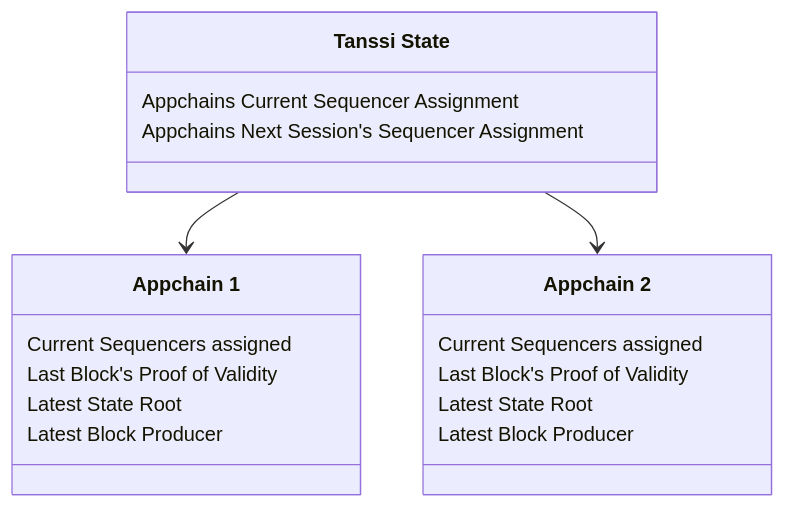
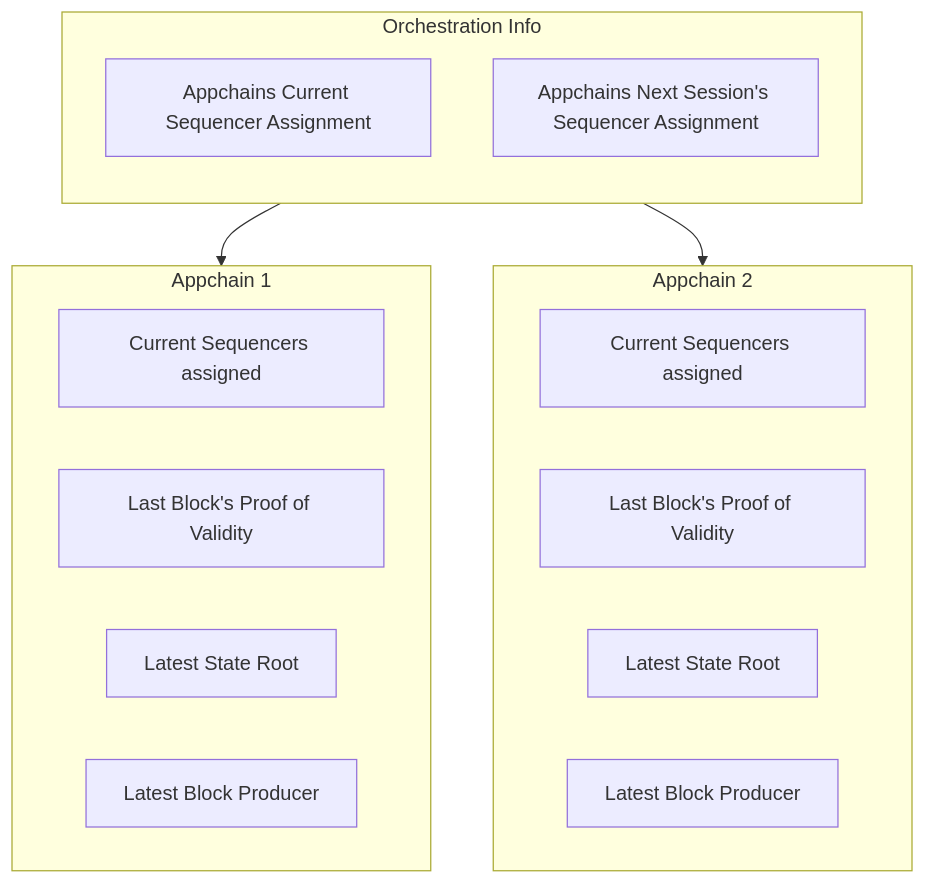
One commit to moondance-labs/tanssi-docs changed the second of 3 diagrams in learn/tanssi/appchain-services/block-production.md. Above: the diagram before and after it, drawn with Mermaid. The commit also changed 1 other file, not shown here.

Commit message:
changes class diagram for flowchart

````diff
--- a/learn/tanssi/appchain-services/block-production.md
+++ b/learn/tanssi/appchain-services/block-production.md
@@ -99,25 +99,26 @@
 ```mermaid
-classDiagram
+flowchart TB
 
-    class tanssi["Tanssi State"] {
-        Appchains Current Sequencer Assignment
-        Appchains Next Session's Sequencer Assignment
-    }
+    subgraph general["Orchestration Info"]
+        direction TB
+        assignment1["Appchains Current Sequencer Assignment"]
+        assignment2["Appchains Next Session's Sequencer Assignment"] 
+    end
+    subgraph appchain1["Appchain 1"]
+        direction LR
+        appchain11["Current Sequencers assigned"]
+        appchain12["Last Block's Proof of Validity"]
+        appchain13["Latest State Root"]
+        appchain14["Latest Block Producer"]
+    end
+    subgraph appchain2["Appchain 2"]
+        appchain21["Current Sequencers assigned"]
+        appchain22["Last Block's Proof of Validity"]
+        appchain23["Latest State Root"]
+        appchain24["Latest Block Producer"]
+    end
 
-    class appchain1["Appchain 1"] {
-        Current Sequencers assigned
-        Last Block's Proof of Validity
-        Latest State Root
-        Latest Block Producer
-    }
+    general --> appchain1
+    general --> appchain2
 
-    class appchain2["Appchain 2"] {
-        Current Sequencers assigned
-        Last Block's Proof of Validity
-        Latest State Root
-        Latest Block Producer
-    }
-
-    tanssi-->appchain1
-    tanssi-->appchain2
 ```
````
